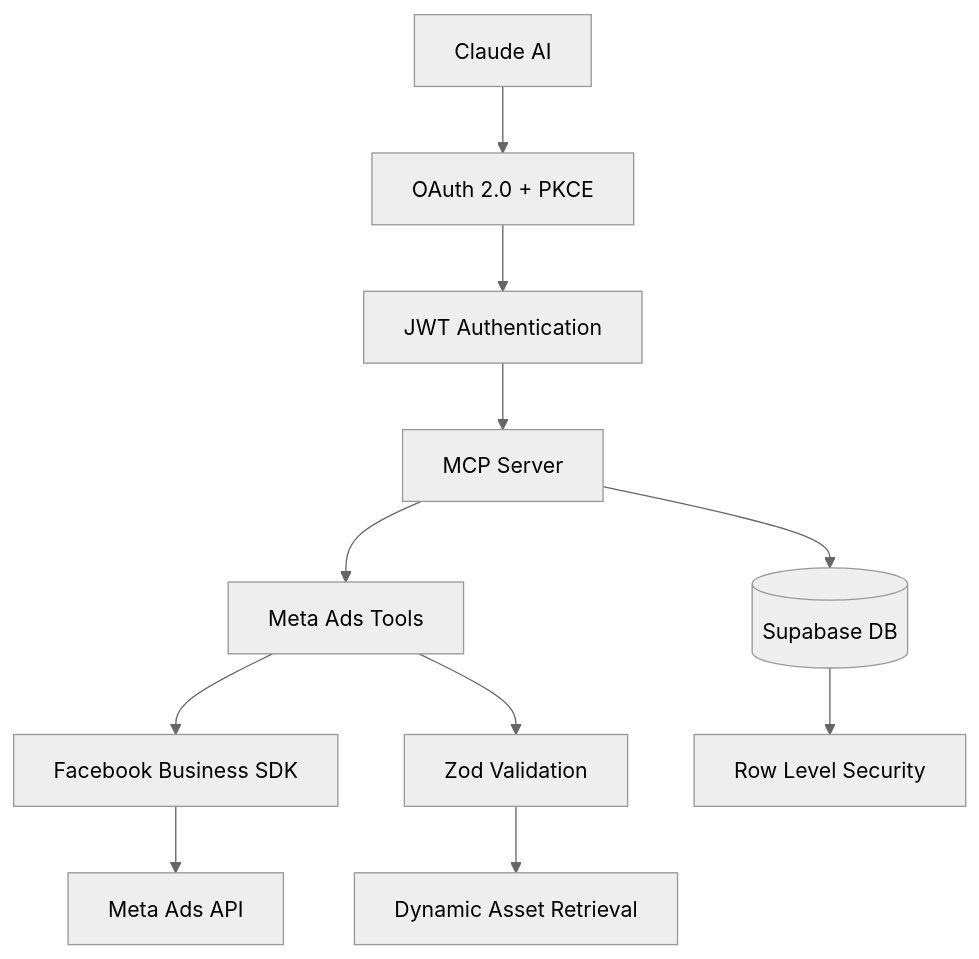
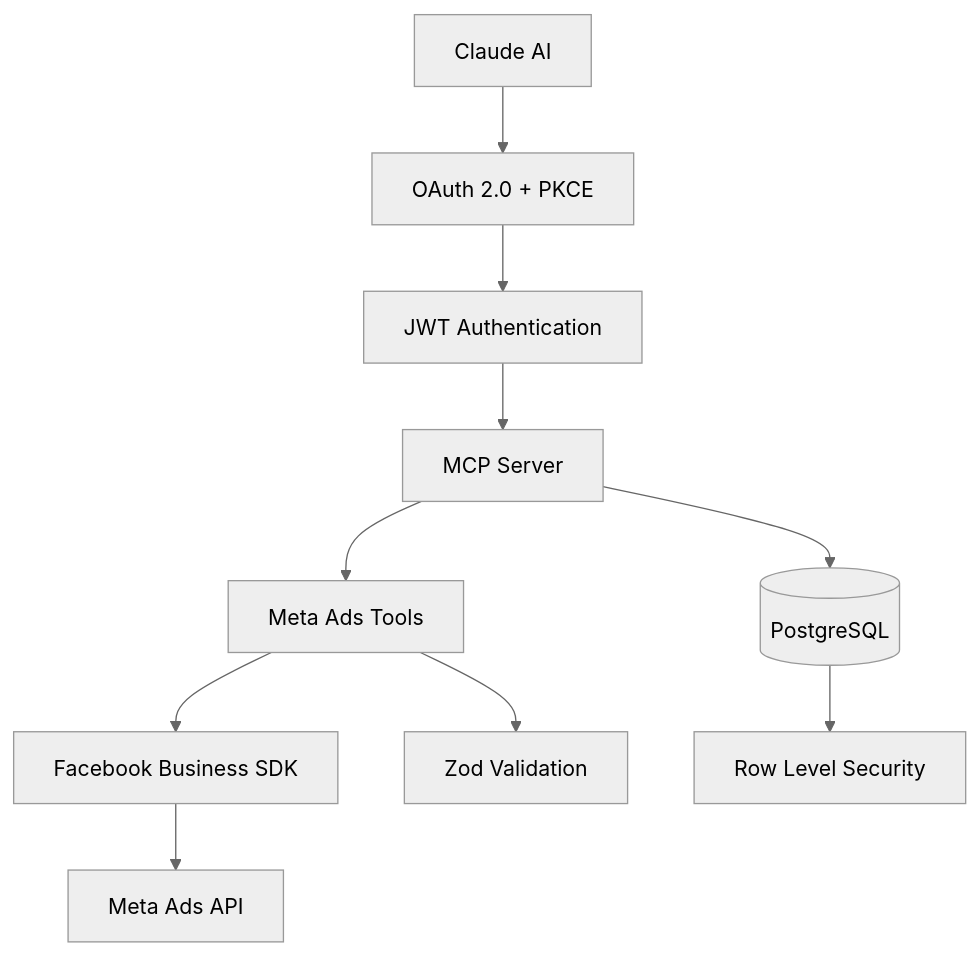
One commit to jjwjr94/Bamboo-MCP changed the diagram in docs/README.md. Above: the diagram before and after it, drawn with Mermaid (neutral theme). The commit also changed other lines of this file and 10 other files, not shown here.

````diff
--- a/docs/README.md
+++ b/docs/README.md
@@ -103,15 +54,14 @@
 ```mermaid
 graph TB
     Claude[Claude AI] --> OAuth[OAuth 2.0 + PKCE]
     OAuth --> JWT[JWT Authentication]
     JWT --> MCP[MCP Server]
     MCP --> Tools[Meta Ads Tools]
     Tools --> Meta[Facebook Business SDK]
     Meta --> Ads[Meta Ads API]
     
-    MCP --> DB[(Supabase DB)]
+    MCP --> DB[(PostgreSQL)]
     DB --> RLS[Row Level Security]
     
     Tools --> Validate[Zod Validation]
-    Validate --> Assets[Dynamic Asset Retrieval]
 ```
````
